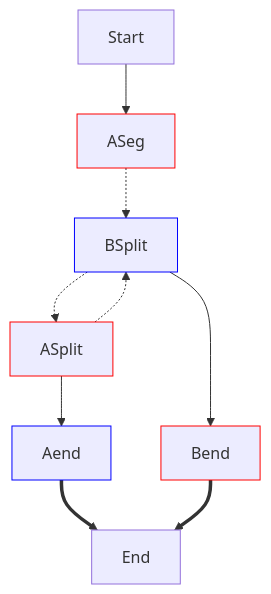
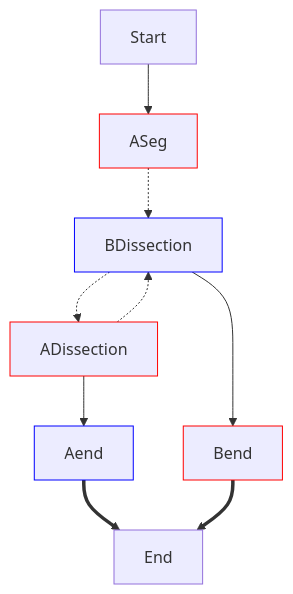
The second of 2 diagrams in doc/layer1_refutation_game.md (marigold-dev/chusai), drawn with Mermaid before and after one commit. The commit also changed other lines of this file and 10 other files, not shown here.

````diff
--- a/doc/layer1_refutation_game.md
+++ b/doc/layer1_refutation_game.md
@@ -134,16 +134,16 @@
 ```mermaid
 graph
     Start --> ASeg
-    ASeg -.-> BSplit
-    BSplit -.-> ASplit
-    ASplit -.-> BSplit
-    ASplit --> Aend
-    BSplit --> Bend
+    ASeg -.-> BDissection
+    BDissection -.-> ADissection
+    ADissection -.-> BDissection
+    ADissection --> Aend
+    BDissection --> Bend
     Aend ==> End
     Bend ==> End
     style ASeg stroke:#f00
-    style ASplit stroke:#f00
+    style ADissection stroke:#f00
     style Bend stroke:#f00
-    style BSplit stroke:#00f
+    style BDissection stroke:#00f
     style Aend stroke:#00f
 ```
````
